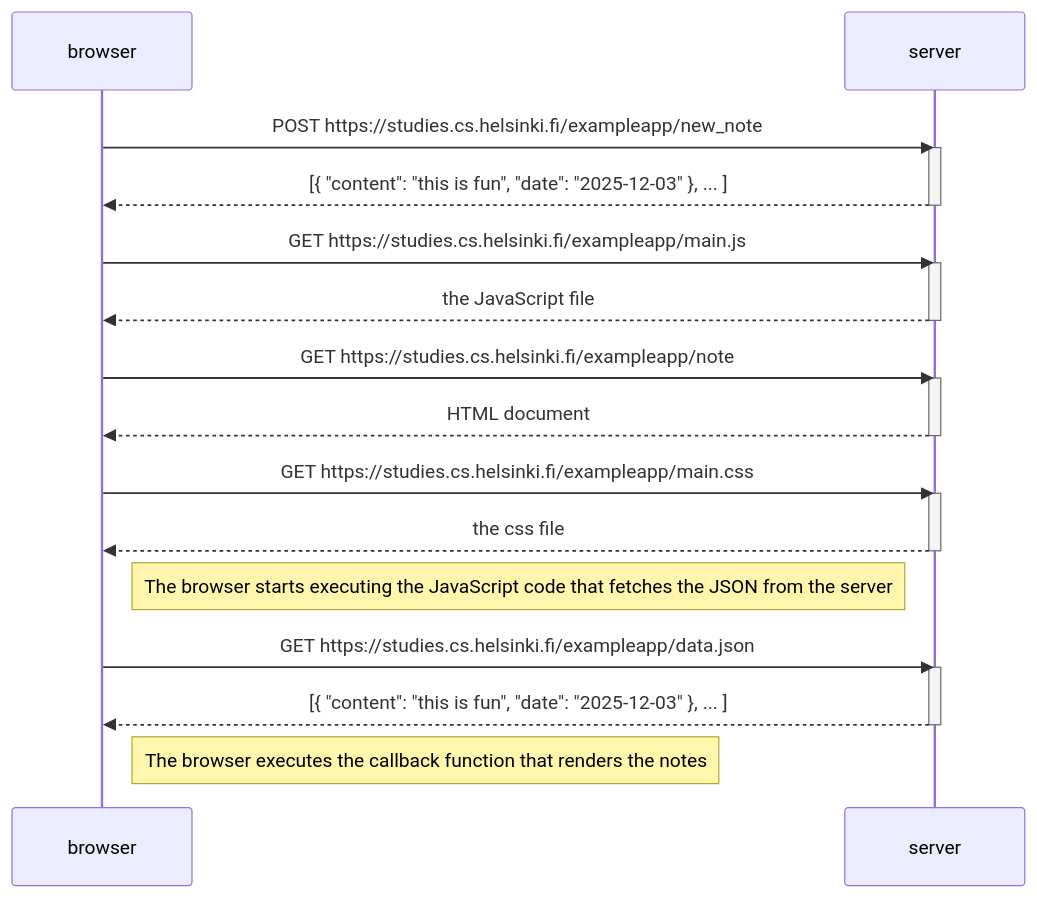
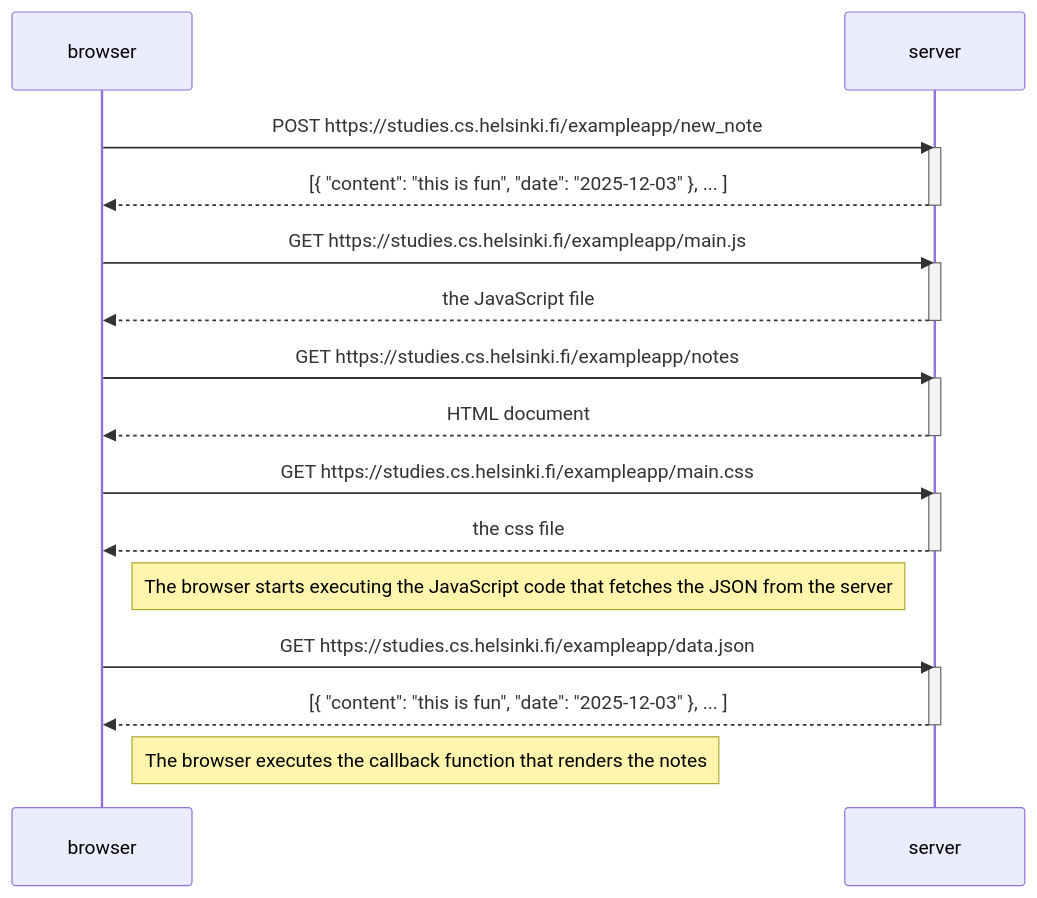
Before and after one commit to byteGabo/wordtest: the diagram in README.md, drawn with Mermaid.

````diff
--- a/README.md
+++ b/README.md
@@ -1,37 +1,37 @@
  ```mermaid
 
 sequenceDiagram
     participant browser
     participant server
 
     browser->>server: POST https://studies.cs.helsinki.fi/exampleapp/new_note
     activate server
     server-->>browser: [{ "content": "this is fun", "date": "2025-12-03" }, ... ]
     deactivate server
 
     browser->>server: GET https://studies.cs.helsinki.fi/exampleapp/main.js
     activate server
     server-->>browser: the JavaScript file
     deactivate server
 
-    browser->>server: GET https://studies.cs.helsinki.fi/exampleapp/note
+    browser->>server: GET https://studies.cs.helsinki.fi/exampleapp/notes
     activate server
     server-->>browser: HTML document
     deactivate server
 
     browser->>server: GET https://studies.cs.helsinki.fi/exampleapp/main.css
     activate server
     server-->>browser: the css file
     deactivate server
 
     Note right of browser: The browser starts executing the JavaScript code that fetches the JSON from the server
 
     browser->>server: GET https://studies.cs.helsinki.fi/exampleapp/data.json
     activate server
     server-->>browser: [{ "content": "this is fun", "date": "2025-12-03" }, ... ]
     deactivate server
 
     Note right of browser: The browser executes the callback function that renders the notes
 
 
 ```
````
